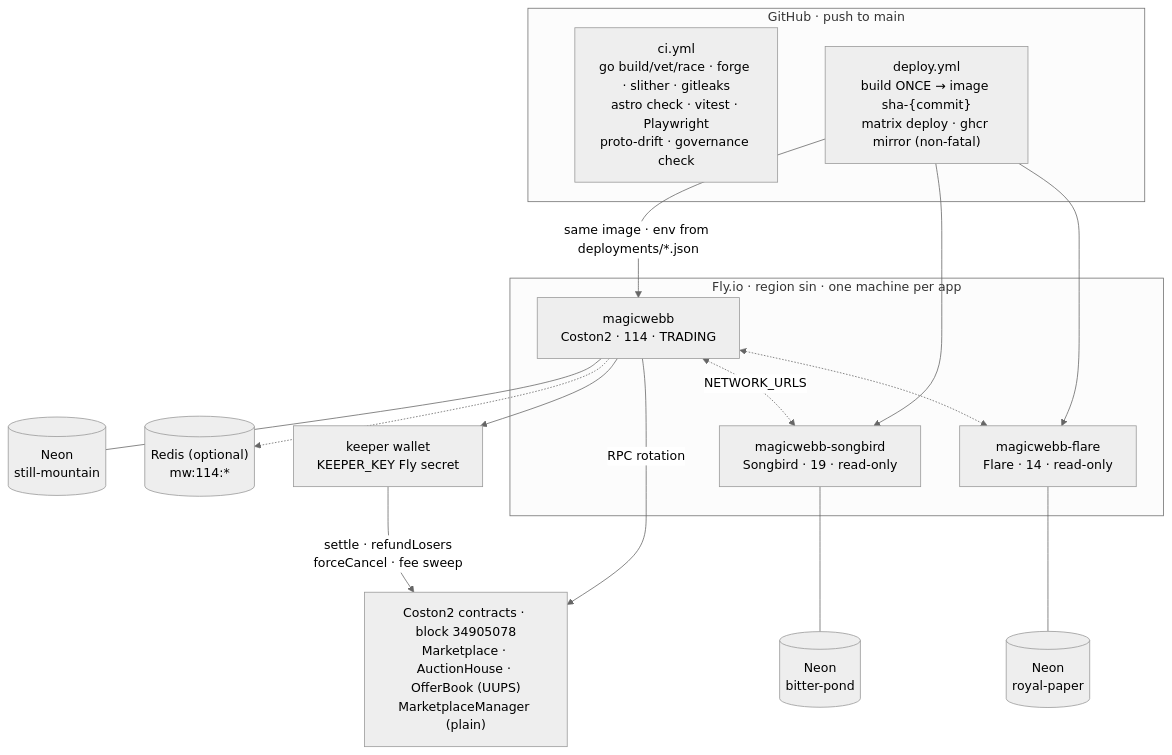
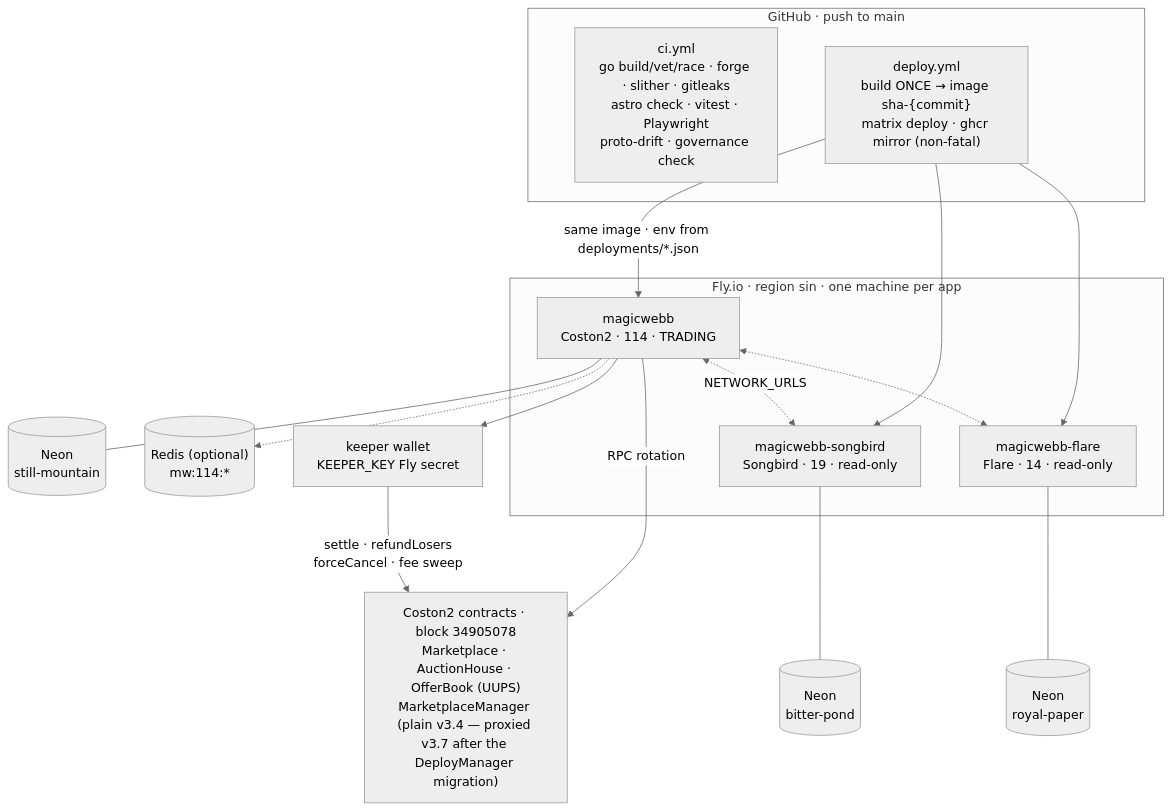
One commit to OfficialA1manac/MagicWebb changed the first of 9 diagrams in app/src/pages/docs/system.md. Above: the diagram before and after it, drawn with Mermaid (neutral theme). The commit also changed other lines of this file and 24 other files, not shown here.

````diff
--- a/app/src/pages/docs/system.md
+++ b/app/src/pages/docs/system.md
@@ -33,23 +33,23 @@
 ```mermaid
 flowchart TB
   subgraph GH["GitHub · push to main"]
     CI["ci.yml<br/>go build/vet/race · forge · slither · gitleaks<br/>astro check · vitest · Playwright<br/>proto-drift · governance check"]
     DEP["deploy.yml<br/>build ONCE → image sha-{commit}<br/>matrix deploy · ghcr mirror (non-fatal)"]
   end
   subgraph FLY["Fly.io · region sin · one machine per app"]
     A1["magicwebb<br/>Coston2 · 114 · TRADING"]
     A2["magicwebb-songbird<br/>Songbird · 19 · read-only"]
     A3["magicwebb-flare<br/>Flare · 14 · read-only"]
   end
   DEP -->|"same image · env from deployments/*.json"| A1
   DEP --> A2 & A3
   A1 --- D1[("Neon<br/>still-mountain")]
   A2 --- D2[("Neon<br/>bitter-pond")]
   A3 --- D3[("Neon<br/>royal-paper")]
   A1 -.-> R1[("Redis (optional)<br/>mw:114:*")]
   A1 --> K1["keeper wallet<br/>KEEPER_KEY Fly secret"]
-  A1 -->|"RPC rotation"| C2["Coston2 contracts · block 34905078<br/>Marketplace · AuctionHouse · OfferBook (UUPS)<br/>MarketplaceManager (plain)"]
+  A1 -->|"RPC rotation"| C2["Coston2 contracts · block 34905078<br/>Marketplace · AuctionHouse · OfferBook (UUPS)<br/>MarketplaceManager (plain v3.4 — proxied v3.7 after the DeployManager migration)"]
   K1 -->|"settle · refundLosers<br/>forceCancel · fee sweep"| C2
   A1 <-.->|"NETWORK_URLS"| A2
   A1 <-.-> A3
 ```
````
